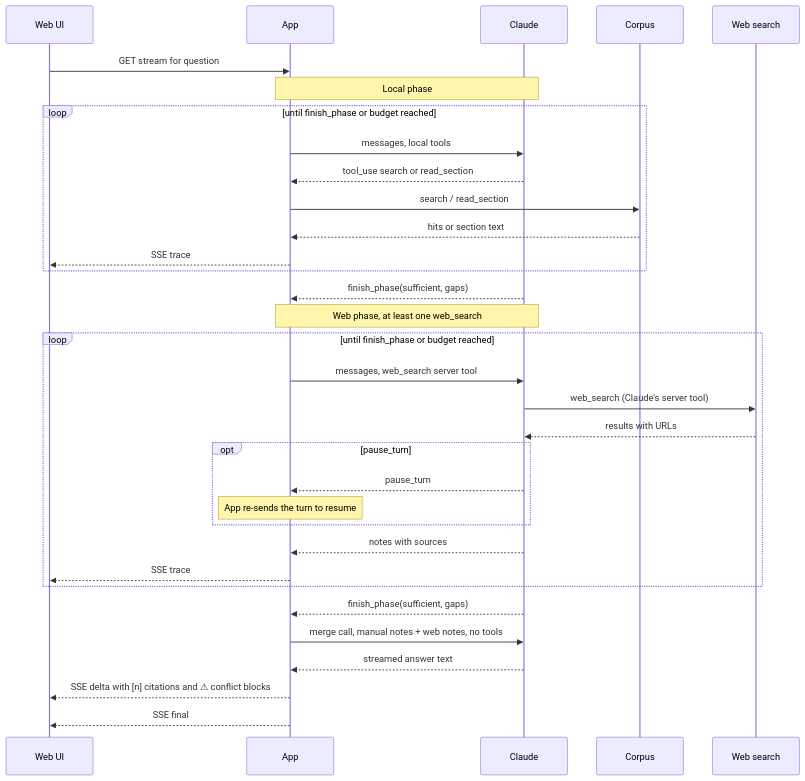
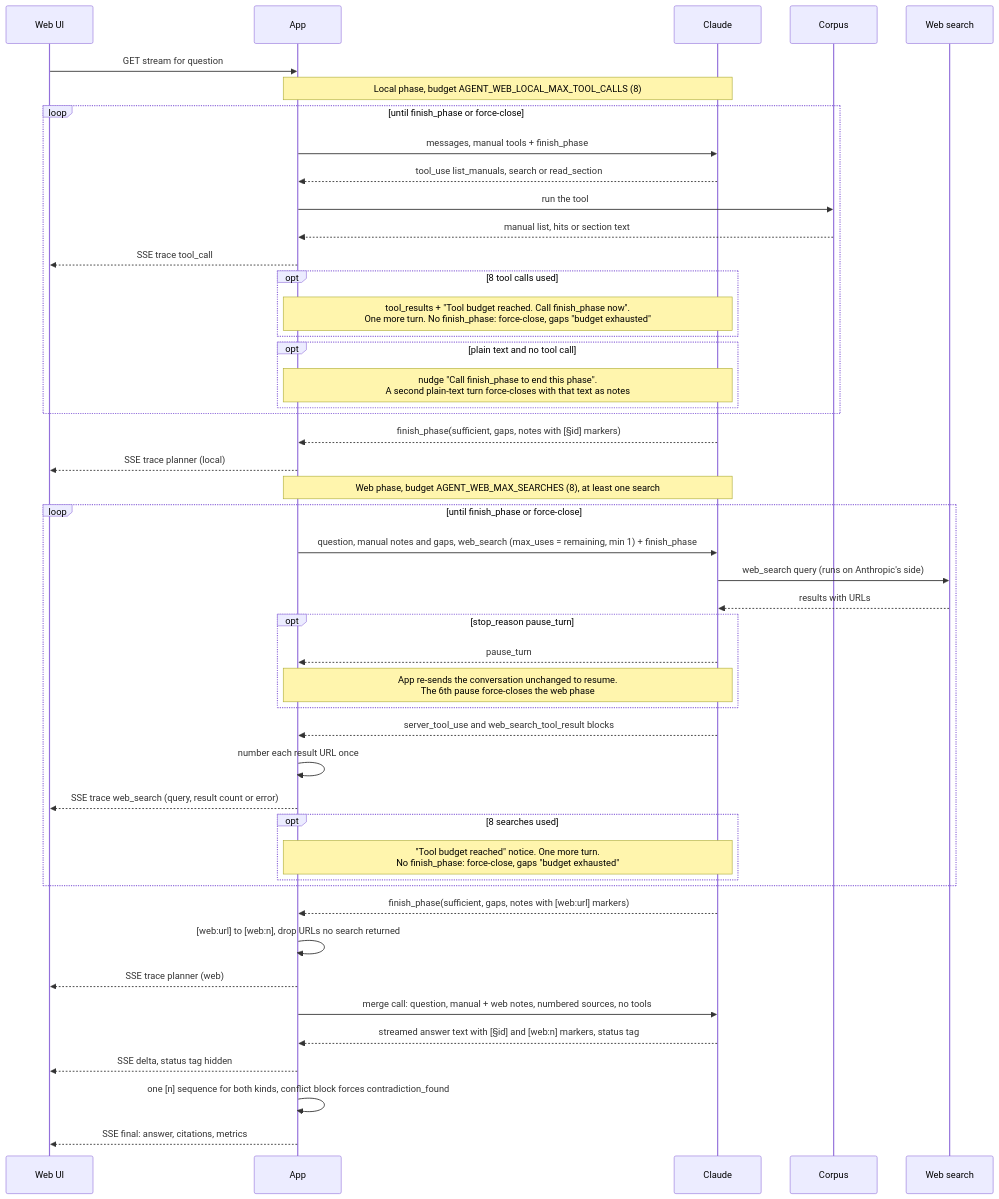
The diagram in uma/static/diagrams/agentic_web-sequence.mmd (belaboros/UserManualAssistant), drawn with Mermaid before and after one commit. The commit also changed 10 other files, not shown here.

Commit message:
docs: explain the Agentic & web strategy (page, diagrams, ADR 0014, matrix)

```diff
--- a/uma/static/diagrams/agentic_web-sequence.mmd
+++ b/uma/static/diagrams/agentic_web-sequence.mmd
@@ -1,33 +1,47 @@
 sequenceDiagram
     participant UI as Web UI
     participant A as App
     participant C as Claude
     participant DB as Corpus
     participant W as Web search
     UI->>A: GET stream for question
-    Note over A,C: Local phase
-    loop until finish_phase or budget reached
-        A->>C: messages, local tools
-        C-->>A: tool_use search or read_section
-        A->>DB: search / read_section
-        DB-->>A: hits or section text
-        A-->>UI: SSE trace
+    Note over A,C: Local phase, budget AGENT_WEB_LOCAL_MAX_TOOL_CALLS (8)
+    loop until finish_phase or force-close
+        A->>C: messages, manual tools + finish_phase
+        C-->>A: tool_use list_manuals, search or read_section
+        A->>DB: run the tool
+        DB-->>A: manual list, hits or section text
+        A-->>UI: SSE trace tool_call
+        opt 8 tool calls used
+            Note over A,C: tool_results + "Tool budget reached. Call finish_phase now".<br/>One more turn. No finish_phase: force-close, gaps "budget exhausted"
+        end
+        opt plain text and no tool call
+            Note over A,C: nudge "Call finish_phase to end this phase".<br/>A second plain-text turn force-closes with that text as notes
+        end
     end
-    C-->>A: finish_phase(sufficient, gaps)
-    Note over A,C: Web phase, at least one web_search
-    loop until finish_phase or budget reached
-        A->>C: messages, web_search server tool
-        C->>W: web_search (Claude's server tool)
+    C-->>A: finish_phase(sufficient, gaps, notes with [§id] markers)
+    A-->>UI: SSE trace planner (local)
+    Note over A,C: Web phase, budget AGENT_WEB_MAX_SEARCHES (8), at least one search
+    loop until finish_phase or force-close
+        A->>C: question, manual notes and gaps, web_search (max_uses = remaining, min 1) + finish_phase
+        C->>W: web_search query (runs on Anthropic's side)
         W-->>C: results with URLs
-        opt pause_turn
+        opt stop_reason pause_turn
             C-->>A: pause_turn
-            Note over A: App re-sends the turn to resume
+            Note over A,C: App re-sends the conversation unchanged to resume.<br/>The 6th pause force-closes the web phase
         end
-        C-->>A: notes with sources
-        A-->>UI: SSE trace
+        C-->>A: server_tool_use and web_search_tool_result blocks
+        A->>A: number each result URL once
+        A-->>UI: SSE trace web_search (query, result count or error)
+        opt 8 searches used
+            Note over A,C: "Tool budget reached" notice. One more turn.<br/>No finish_phase: force-close, gaps "budget exhausted"
+        end
     end
-    C-->>A: finish_phase(sufficient, gaps)
-    A->>C: merge call, manual notes + web notes, no tools
-    C-->>A: streamed answer text
-    A-->>UI: SSE delta with [n] citations and ⚠ conflict blocks
-    A-->>UI: SSE final
+    C-->>A: finish_phase(sufficient, gaps, notes with [web:url] markers)
+    A->>A: [web:url] to [web:n], drop URLs no search returned
+    A-->>UI: SSE trace planner (web)
+    A->>C: merge call: question, manual + web notes, numbered sources, no tools
+    C-->>A: streamed answer text with [§id] and [web:n] markers, status tag
+    A-->>UI: SSE delta, status tag hidden
+    A->>A: one [n] sequence for both kinds, conflict block forces contradiction_found
+    A-->>UI: SSE final: answer, citations, metrics
```
